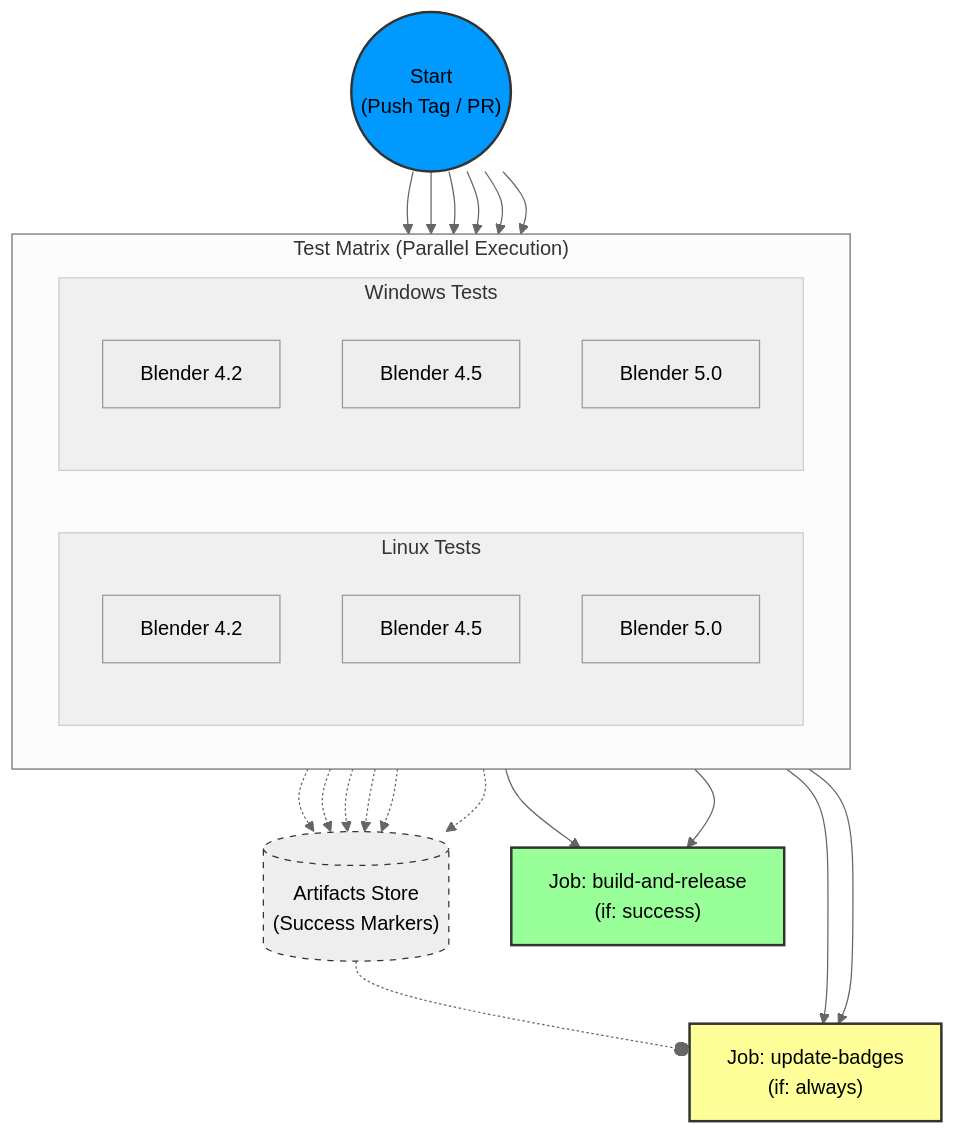
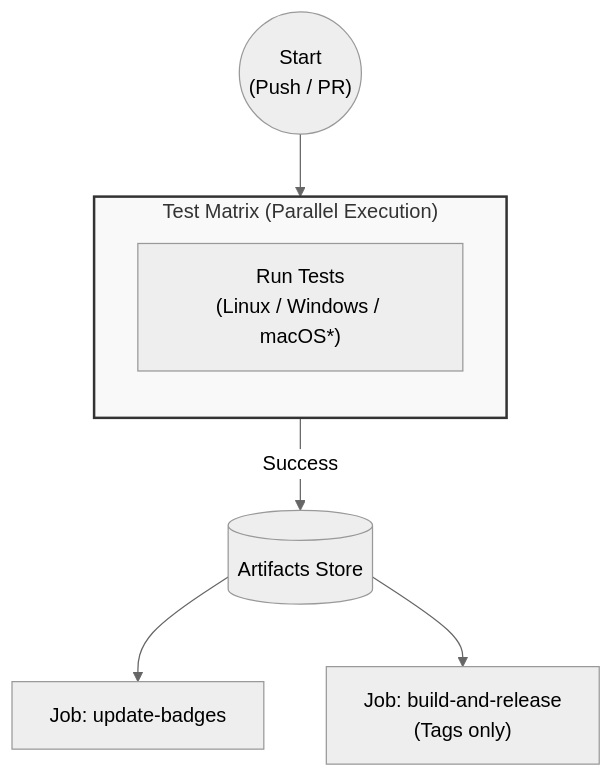
Before and after one commit to unclepomedev/blender_savepoints: the diagram in CONTRIBUTING.md, drawn with Mermaid (neutral theme). The commit also changed other lines of this file, not shown here.

Commit message:
Adds contributing guidelines
Introduces a CONTRIBUTING.md file to guide contributors.

Explains the use of CodeRabbit AI for automated code reviews,
emphasizing that AI suggestions are optional.

Details the setup and execution of end-to-end tests using `blup`
and `just`, including instructions for specifying Blender versions.

Illustrates the CI environment's testing matrix with a Mermaid diagram.

````diff
--- a/CONTRIBUTING.md
+++ b/CONTRIBUTING.md
@@ -30,47 +35,21 @@
 ```mermaid
 graph TD
-    Start(("Start<br>(Push Tag / PR)"))
+    Start(("Start<br>(Push / PR)"))
 
-    subgraph TestMatrix ["Test Matrix (Parallel Execution)"]
-        direction LR
-        subgraph Linux ["Linux Tests"]
-            direction TB
-            L_42["Blender 4.2"]
-            L_45["Blender 4.5"]
-            L_50["Blender 5.0"]
-        end
-        subgraph Windows ["Windows Tests"]
-            direction TB
-            W_42["Blender 4.2"]
-            W_45["Blender 4.5"]
-            W_50["Blender 5.0"]
-        end
+    subgraph Matrix ["Test Matrix (Parallel Execution)"]
+        direction TB
+        Tests["Run Tests<br>(Linux / Windows / macOS*)"]
     end
 
-    Artifacts[("Artifacts Store<br>(Success Markers)")]
+    Artifacts[("Artifacts Store")]
+    UpdateBadges["Job: update-badges"]
+    Release["Job: build-and-release<br>(Tags only)"]
 
-    UpdateBadges["Job: update-badges<br>(if: always)"]
-    Release["Job: build-and-release<br>(if: success)"]
+    Start --> Tests
+    Tests -- Success --> Artifacts
+    
+    Artifacts --> UpdateBadges
+    Artifacts --> Release
 
-    Start --> L_42 & L_45 & L_50 & W_42 & W_45 & W_50
-
-    L_42 & L_45 & L_50 & W_42 & W_45 & W_50 -.-> Artifacts
-
-    Linux & Windows --> UpdateBadges
-    Linux & Windows --> Release
-
-    Artifacts -.-o UpdateBadges
-
-    classDef trigger fill:#09f,stroke:#333,stroke-width:2px;
-    classDef job fill:#ff9,stroke:#333,stroke-width:2px;
-    classDef release fill:#9f9,stroke:#333,stroke-width:2px;
-    classDef data fill:#eee,stroke:#333,stroke-dasharray: 5 5;
-
-    class Start trigger;
-    class UpdateBadges job;
-    class Release release;
-    class Artifacts data;
-
-    style Linux fill:#f0f0f0,stroke:#ccc
-    style Windows fill:#f0f0f0,stroke:#ccc
+    style Matrix fill:#f9f9f9,stroke:#333,stroke-width:2px
 ```
````
